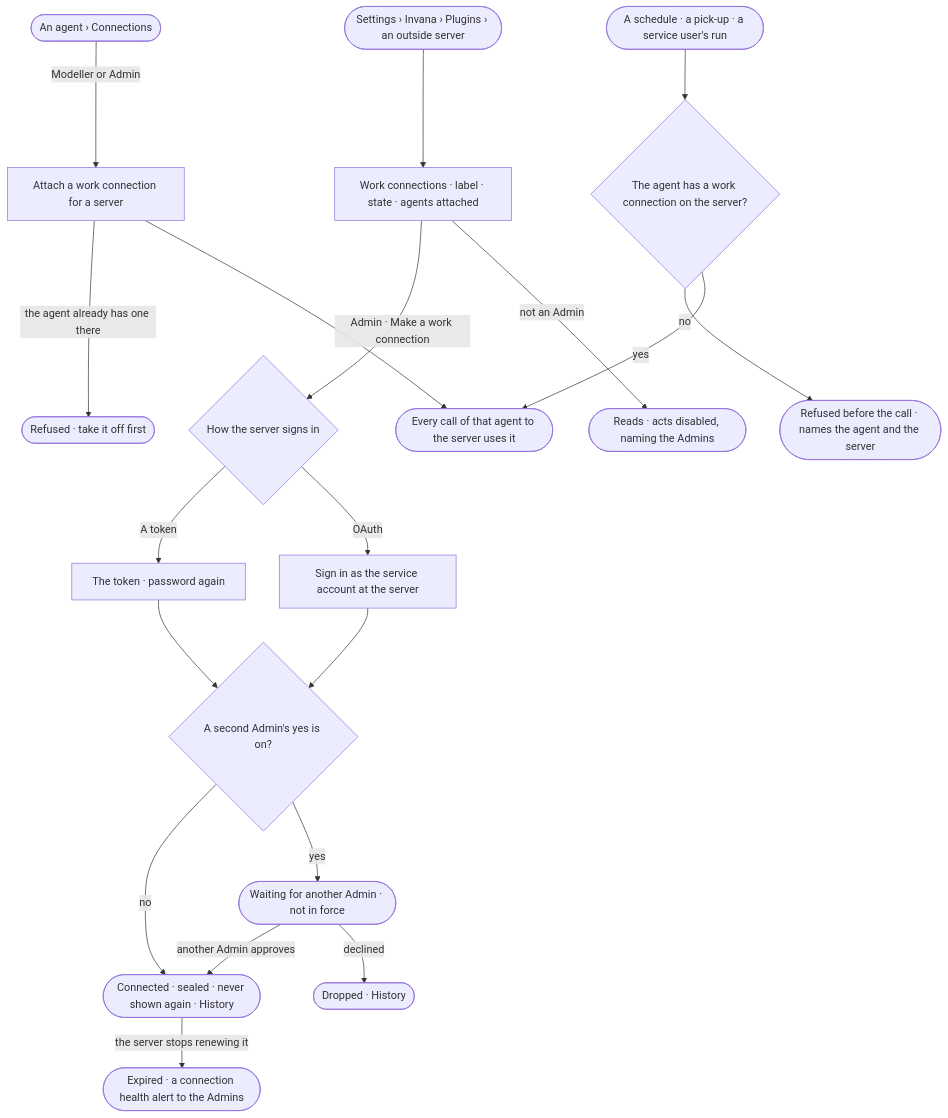
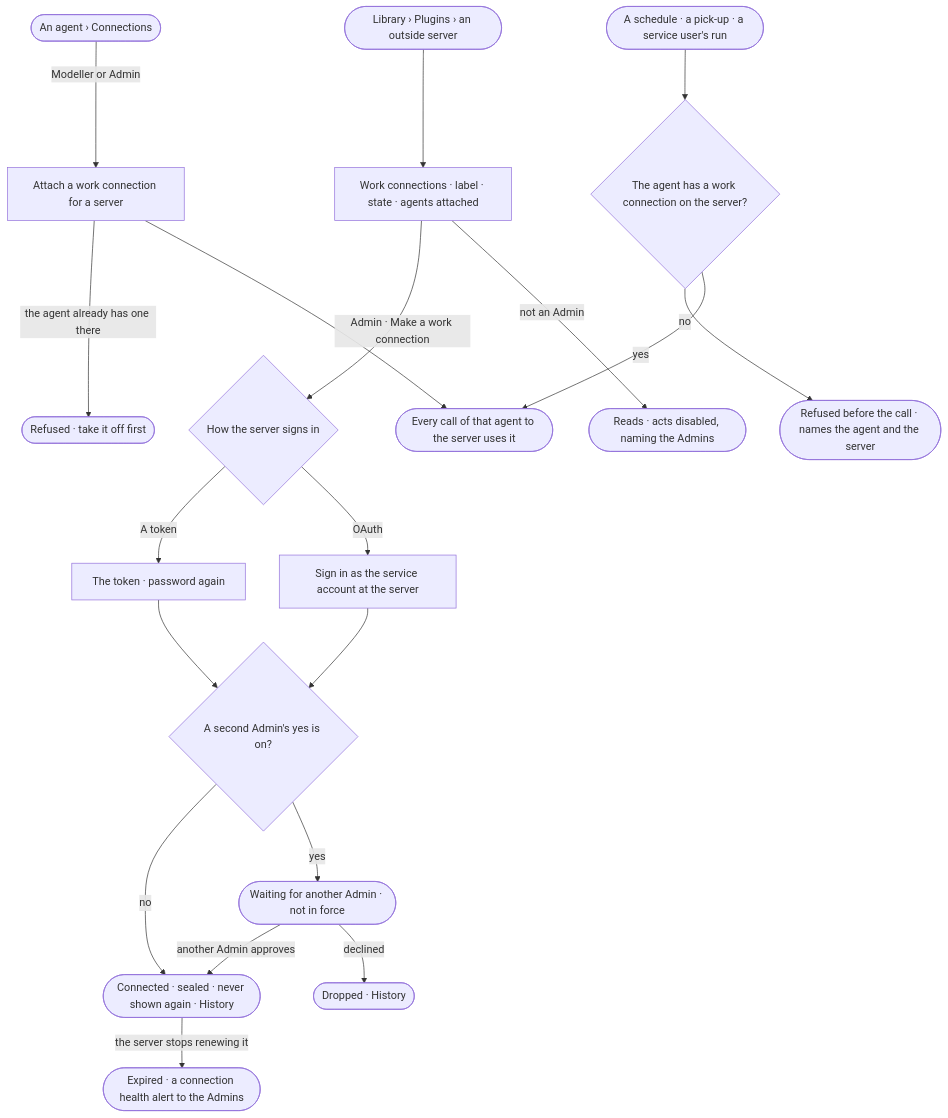
One commit to invana/invana changed the diagram in specs/os/control/features/CP-F02-plugins-and-outside-tools/stories/CP-62-make-a-work-connection-and-attach-it-to-agents/story.md. Above: the diagram before and after it, drawn with Mermaid. The commit also changed 106 other files, not shown here.

````diff
--- a/specs/os/control/features/CP-F02-plugins-and-outside-tools/stories/CP-62-make-a-work-connection-and-attach-it-to-agents/story.md
+++ b/specs/os/control/features/CP-F02-plugins-and-outside-tools/stories/CP-62-make-a-work-connection-and-attach-it-to-agents/story.md
@@ -29,21 +29,21 @@
 ```mermaid
 flowchart TD
-  s([Settings › Invana › Plugins › an outside server]) --> l["Work connections · label · state · agents attached"]
+  s([Library › Plugins › an outside server]) --> l["Work connections · label · state · agents attached"]
   l -->|Admin · Make a work connection| m{"How the server signs in"}
   m -->|A token| tk["The token · password again"]
   m -->|OAuth| oa["Sign in as the service account at the server"]
   tk --> sv{"A second Admin's yes is on?"}
   oa --> sv
   sv -->|no| ok(["Connected · sealed · never shown again · History"])
   sv -->|yes| aw(["Waiting for another Admin · not in force"])
   aw -->|another Admin approves| ok
   aw -->|declined| dc(["Dropped · History"])
   a([An agent › Connections]) -->|Modeller or Admin| at["Attach a work connection for a server"]
   at -->|the agent already has one there| one(["Refused · take it off first"])
   at --> used(["Every call of that agent to the server uses it"])
   r([A schedule · a pick-up · a service user's run]) --> need{"The agent has a work connection on the server?"}
   need -->|no| rf(["Refused before the call · names the agent and the server"])
   need -->|yes| used
   ok -->|the server stops renewing it| ex(["Expired · a connection health alert to the Admins"])
   l -->|not an Admin| ro(["Reads · acts disabled, naming the Admins"])
 ```
````
